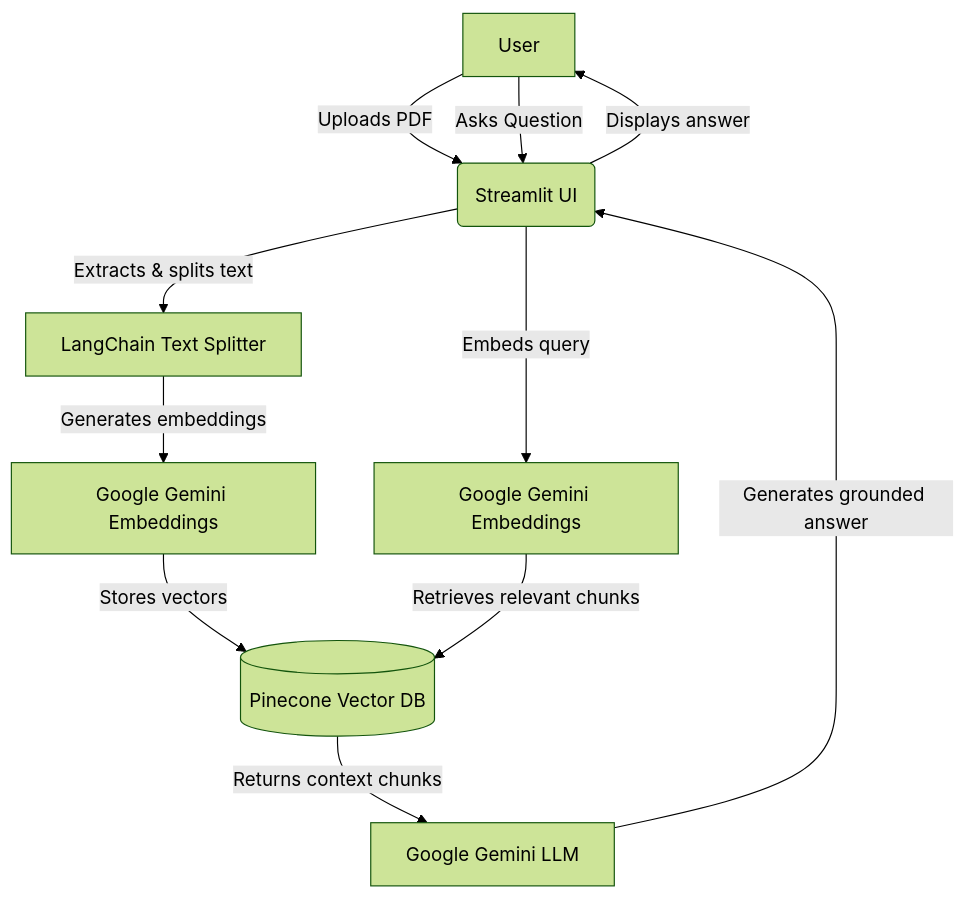
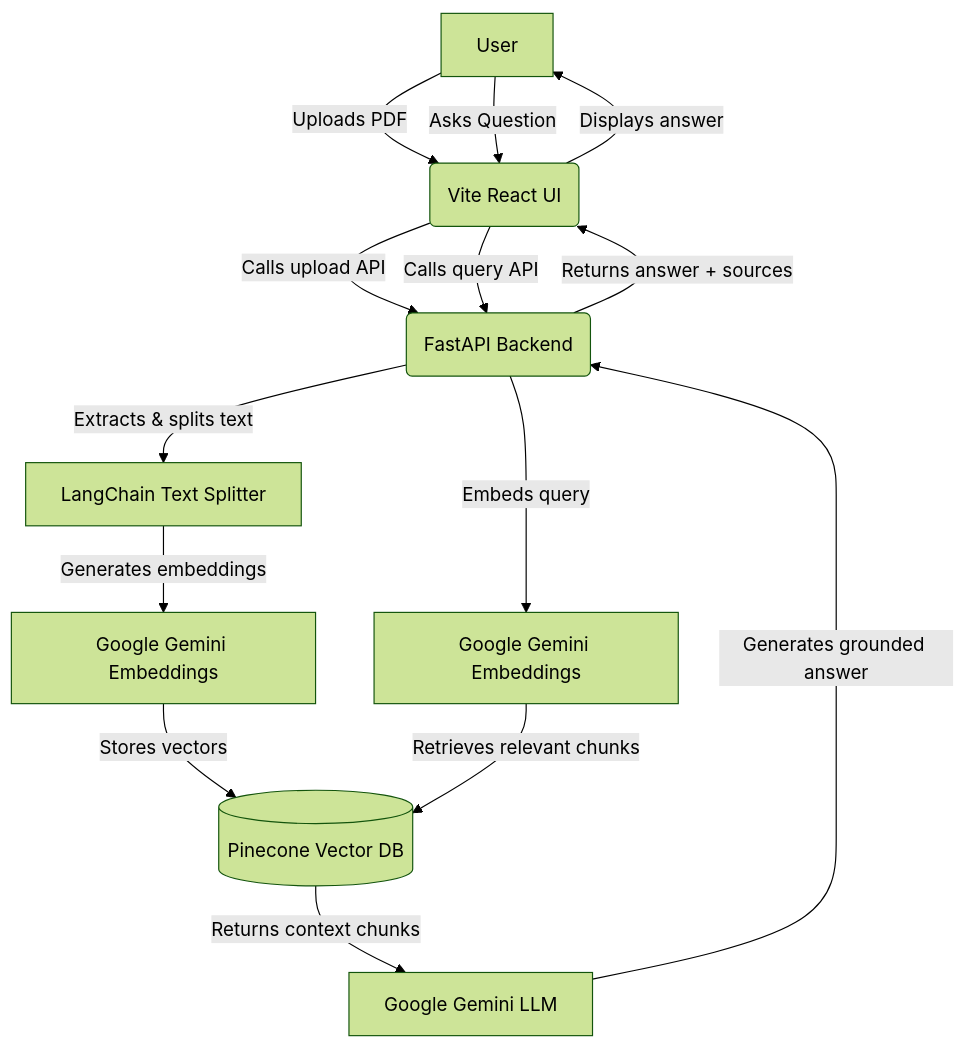
The diagram in README.md (Diluksha-Upeka/contextiq-rag), drawn with Mermaid (forest theme) before and after one commit. The commit also changed other lines of this file, not shown here.

Commit message:
fix: update README to reflect UI and backend architecture changes

````diff
--- a/README.md
+++ b/README.md
@@ -8,14 +8,17 @@
 ```mermaid
 graph TD
-    A[User] -->|Uploads PDF| B(Streamlit UI)
-    B -->|Extracts & splits text| C[LangChain Text Splitter]
+    A[User] -->|Uploads PDF| B(Vite React UI)
+    B -->|Calls upload API| H(FastAPI Backend)
+    H -->|Extracts & splits text| C[LangChain Text Splitter]
     C -->|Generates embeddings| D[Google Gemini Embeddings]
     D -->|Stores vectors| E[(Pinecone Vector DB)]
     
     A -->|Asks Question| B
-    B -->|Embeds query| F[Google Gemini Embeddings]
+    B -->|Calls query API| H
+    H -->|Embeds query| F[Google Gemini Embeddings]
     F -->|Retrieves relevant chunks| E
     E -->|Returns context chunks| G[Google Gemini LLM]
-    G -->|Generates grounded answer| B
+    G -->|Generates grounded answer| H
+    H -->|Returns answer + sources| B
     B -->|Displays answer| A
 ```
````
